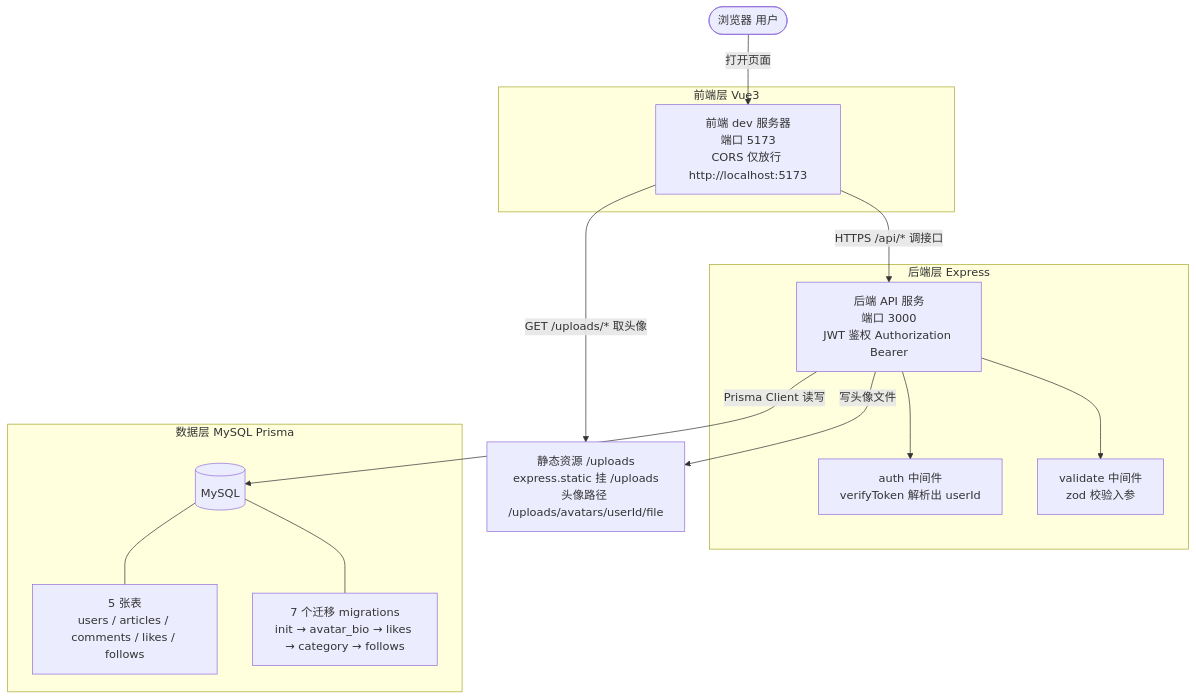
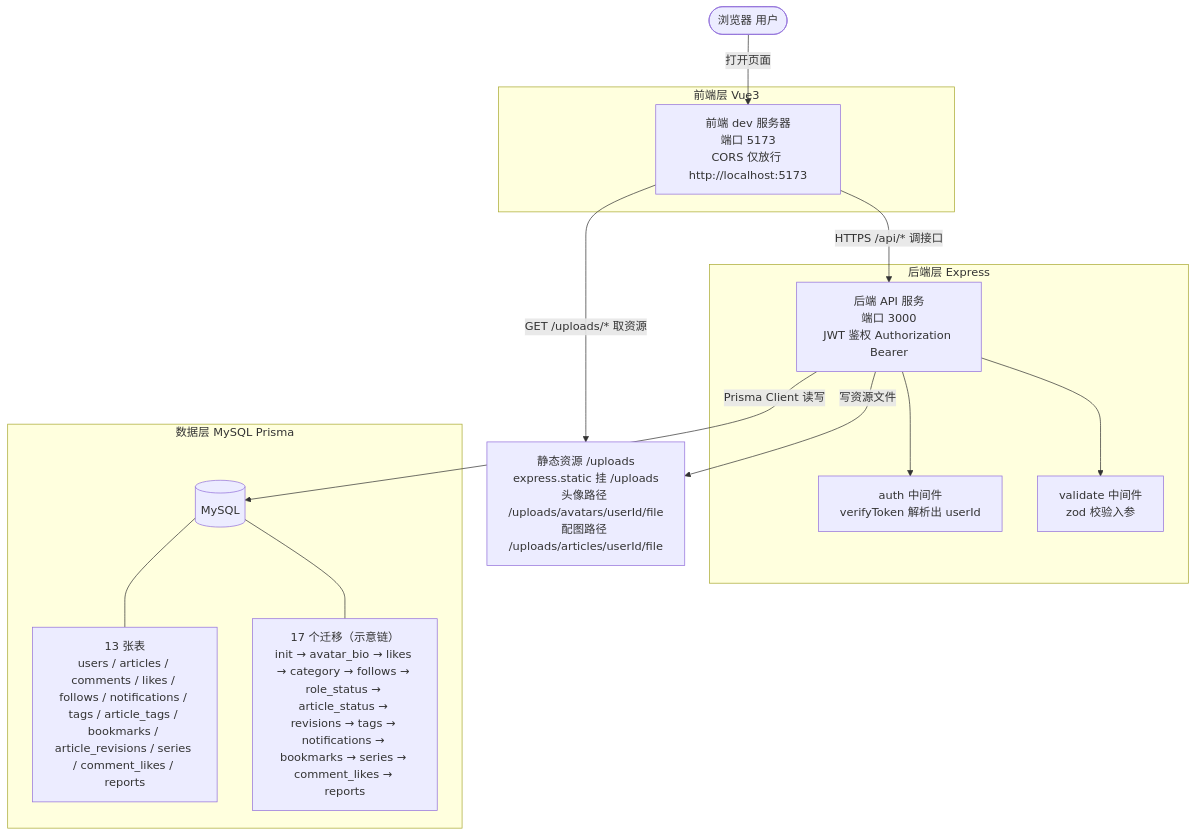
The first of 6 diagrams in docs/ARCHITECTURE.md (JuenLin/lin-blog), drawn with Mermaid before and after one commit. The commit also changed other lines of this file and 2 other files, not shown here.

Commit message:
docs: ARCHITECTURE.md 全面重写至第 12 批（13表/59接口/6类通知）

````diff
--- a/docs/ARCHITECTURE.md
+++ b/docs/ARCHITECTURE.md
@@ -15,32 +15,32 @@
 ```mermaid
 graph TB
   user([浏览器 用户])
 
   subgraph FE[前端层 Vue3]
     fe["前端 dev 服务器\n端口 5173\nCORS 仅放行 http://localhost:5173"]
   end
 
   subgraph BE[后端层 Express]
     be["后端 API 服务\n端口 3000\nJWT 鉴权 Authorization Bearer"]
     authn["auth 中间件\nverifyToken 解析出 userId"]
     vld["validate 中间件\nzod 校验入参"]
   end
 
   subgraph DATA[数据层 MySQL Prisma]
     db[("MySQL")]
-    tables["5 张表\nusers / articles / comments / likes / follows"]
-    migs["7 个迁移 migrations\ninit → avatar_bio → likes → category → follows"]
+    tables["13 张表\nusers / articles / comments / likes / follows / notifications / tags / article_tags / bookmarks / article_revisions / series / comment_likes / reports"]
+    migs["17 个迁移（示意链）\ninit → avatar_bio → likes → category → follows → role_status → article_status → revisions → tags → notifications → bookmarks → series → comment_likes → reports"]
   end
 
-  uploads["静态资源 /uploads\nexpress.static 挂 /uploads\n头像路径 /uploads/avatars/userId/file"]
+  uploads["静态资源 /uploads\nexpress.static 挂 /uploads\n头像路径 /uploads/avatars/userId/file\n配图路径 /uploads/articles/userId/file"]
 
   user -->|打开页面| fe
   fe -->|"HTTPS /api/* 调接口"| be
-  fe -->|"GET /uploads/* 取头像"| uploads
+  fe -->|"GET /uploads/* 取资源"| uploads
   be --> authn
   be --> vld
   be -->|"Prisma Client 读写"| db
-  be -->|"写头像文件"| uploads
+  be -->|"写资源文件"| uploads
   db --- tables
   db --- migs
 ```
````
